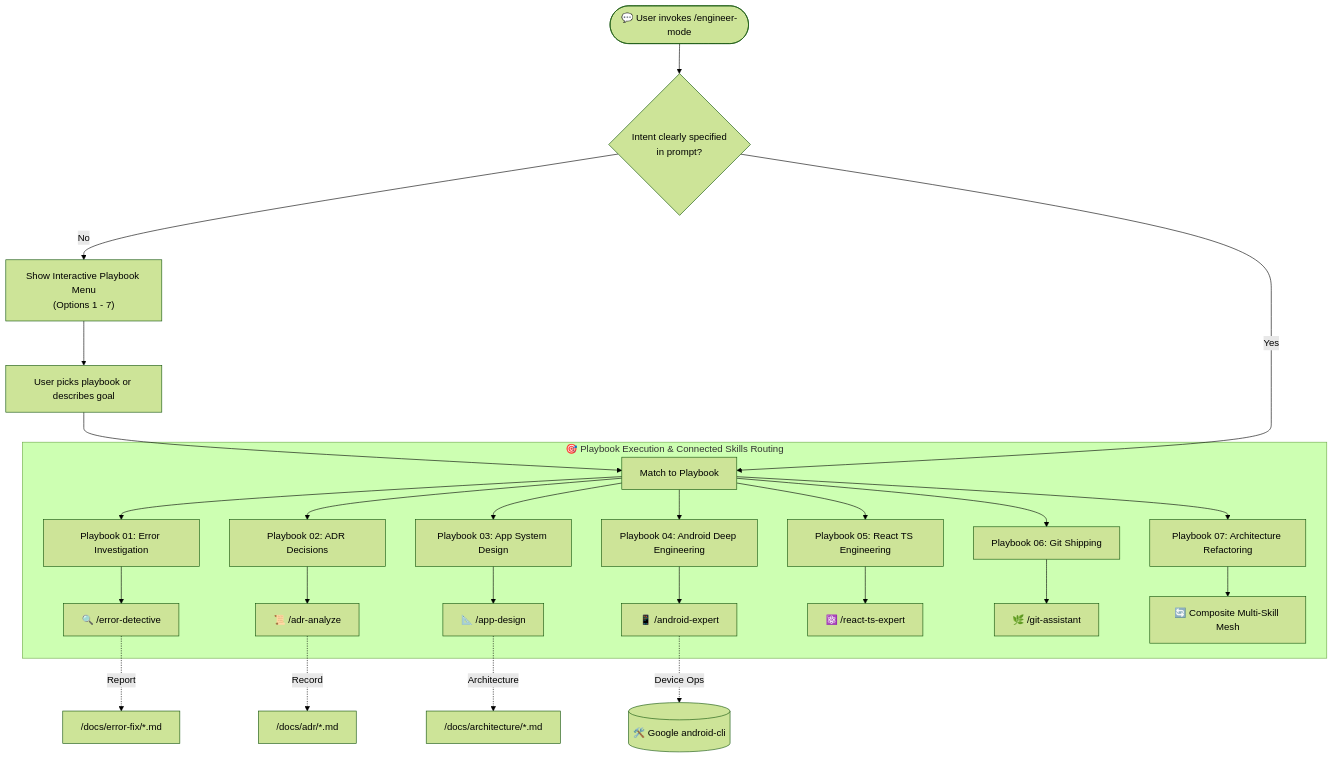
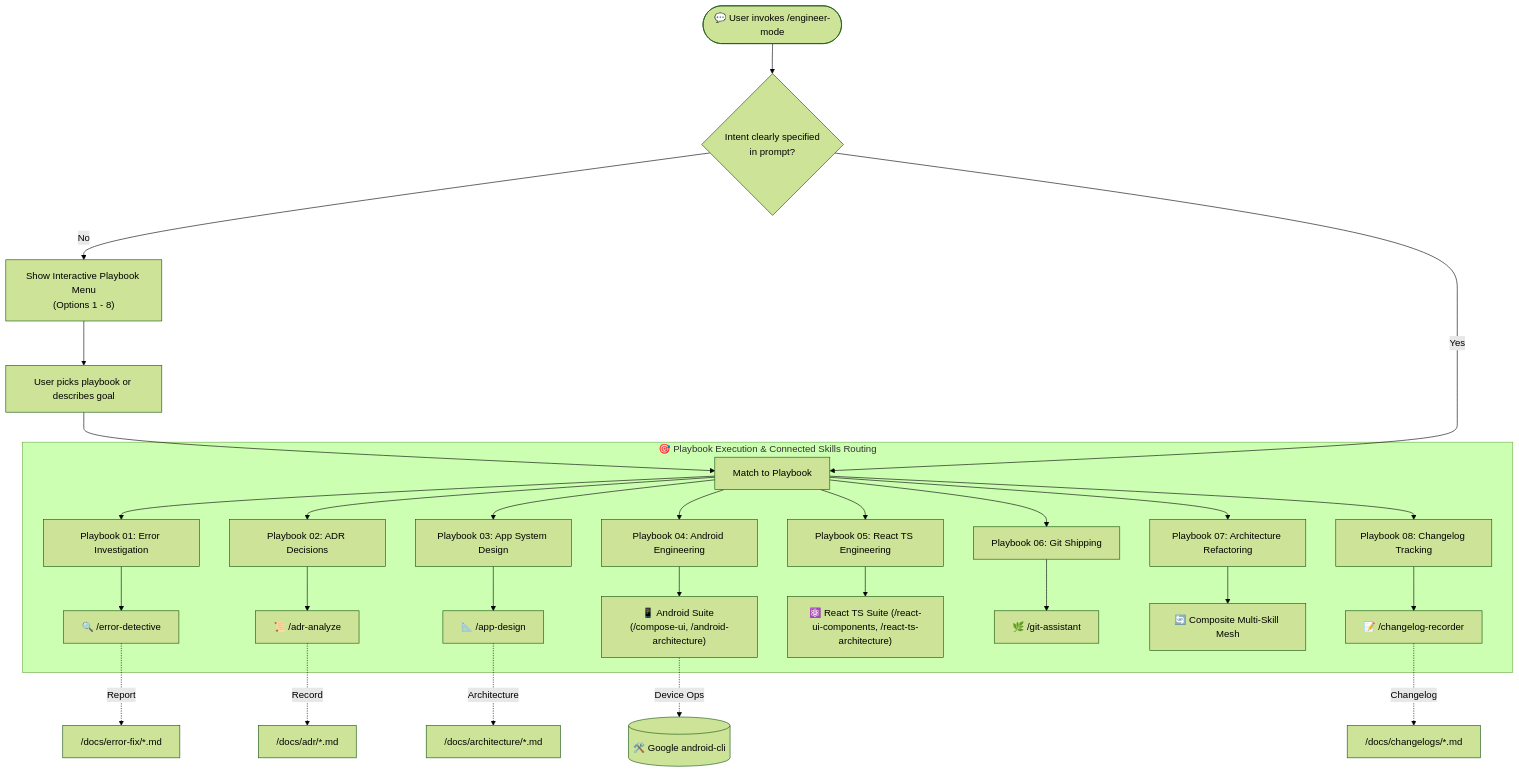
One commit to RidhwanAF/AI-Agent-Skills changed the diagram in engineer-mode/README.md. Above: the diagram before and after it, drawn with Mermaid (forest theme). The commit also changed other lines of this file and 21 other files, not shown here.

Commit message:
feat(modular): decompose Android and React skills, add Windows support, changelog recorder, and KMP pure domain standards

````diff
--- a/engineer-mode/README.md
+++ b/engineer-mode/README.md
@@ -23,33 +23,36 @@
 ```mermaid
 flowchart TD
     UserPrompt(["💬 User invokes /engineer-mode"]) --> Assess{"Intent clearly specified<br/>in prompt?"}
     
-    Assess -->|No| InteractiveMenu["Show Interactive Playbook Menu<br/>(Options 1 - 7)"]
+    Assess -->|No| InteractiveMenu["Show Interactive Playbook Menu<br/>(Options 1 - 8)"]
     InteractiveMenu --> UserChoice["User picks playbook or describes goal"]
     UserChoice --> RoutePlaybook
     
     Assess -->|Yes| RoutePlaybook["Match to Playbook"]
     
     subgraph PlaybookRouter ["🎯 Playbook Execution & Connected Skills Routing"]
         RoutePlaybook --> PB1["Playbook 01: Error Investigation"]
         RoutePlaybook --> PB2["Playbook 02: ADR Decisions"]
         RoutePlaybook --> PB3["Playbook 03: App System Design"]
-        RoutePlaybook --> PB4["Playbook 04: Android Deep Engineering"]
+        RoutePlaybook --> PB4["Playbook 04: Android Engineering"]
         RoutePlaybook --> PB5["Playbook 05: React TS Engineering"]
         RoutePlaybook --> PB6["Playbook 06: Git Shipping"]
         RoutePlaybook --> PB7["Playbook 07: Architecture Refactoring"]
+        RoutePlaybook --> PB8["Playbook 08: Changelog Tracking"]
 
         PB1 --> SK_ED["🔍 /error-detective"]
         PB2 --> SK_ADR["📜 /adr-analyze"]
         PB3 --> SK_AD["📐 /app-design"]
-        PB4 --> SK_AE["📱 /android-expert"]
-        PB5 --> SK_RE["⚛️ /react-ts-expert"]
+        PB4 --> SK_AND["📱 Android Suite (/compose-ui, /android-architecture)"]
+        PB5 --> SK_REACT["⚛️ React TS Suite (/react-ui-components, /react-ts-architecture)"]
         PB6 --> SK_GA["🌿 /git-assistant"]
         PB7 --> SK_MESH["🔄 Composite Multi-Skill Mesh"]
+        PB8 --> SK_CR["📝 /changelog-recorder"]
     end
 
-    SK_AE -.->|Device Ops| GoogleCLI[("🛠️ Google android-cli")]
+    SK_AND -.->|Device Ops| GoogleCLI[("🛠️ Google android-cli")]
     SK_ED -.->|Report| ErrorDocs["/docs/error-fix/*.md"]
     SK_ADR -.->|Record| ADRDocs["/docs/adr/*.md"]
     SK_AD -.->|Architecture| ArchDocs["/docs/architecture/*.md"]
+    SK_CR -.->|Changelog| ChangeDocs["/docs/changelogs/*.md"]
 ```
````
